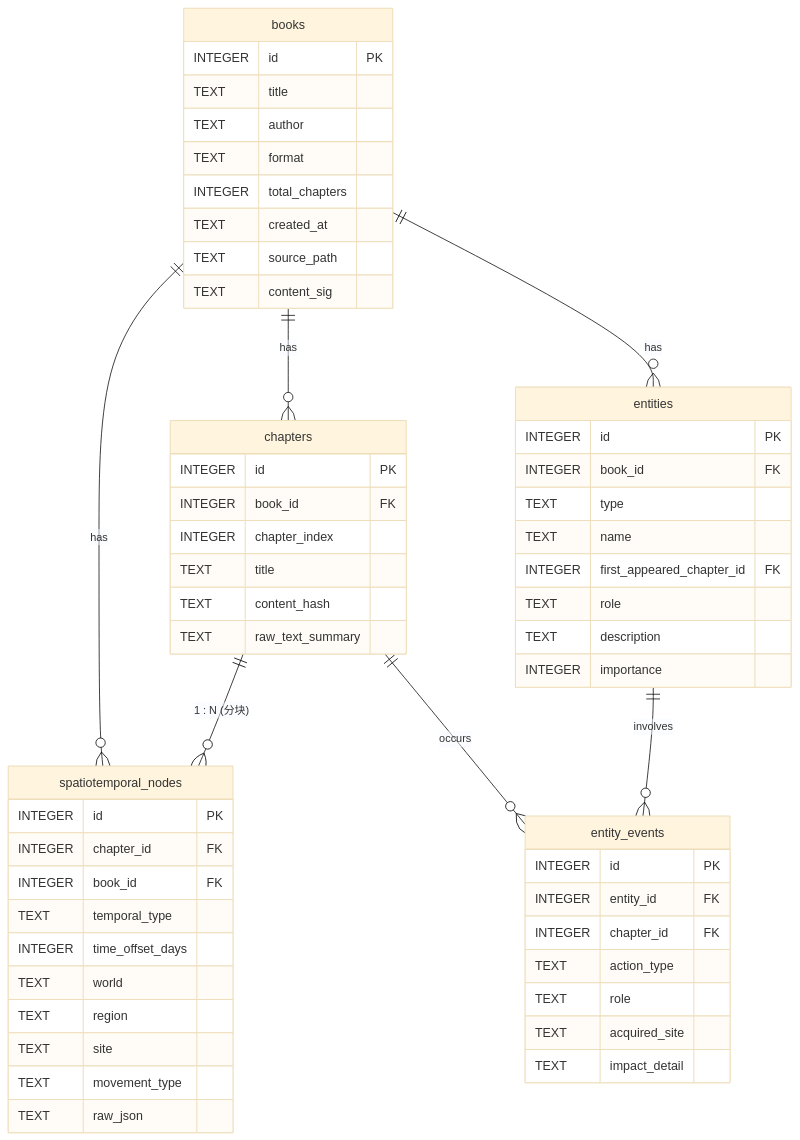
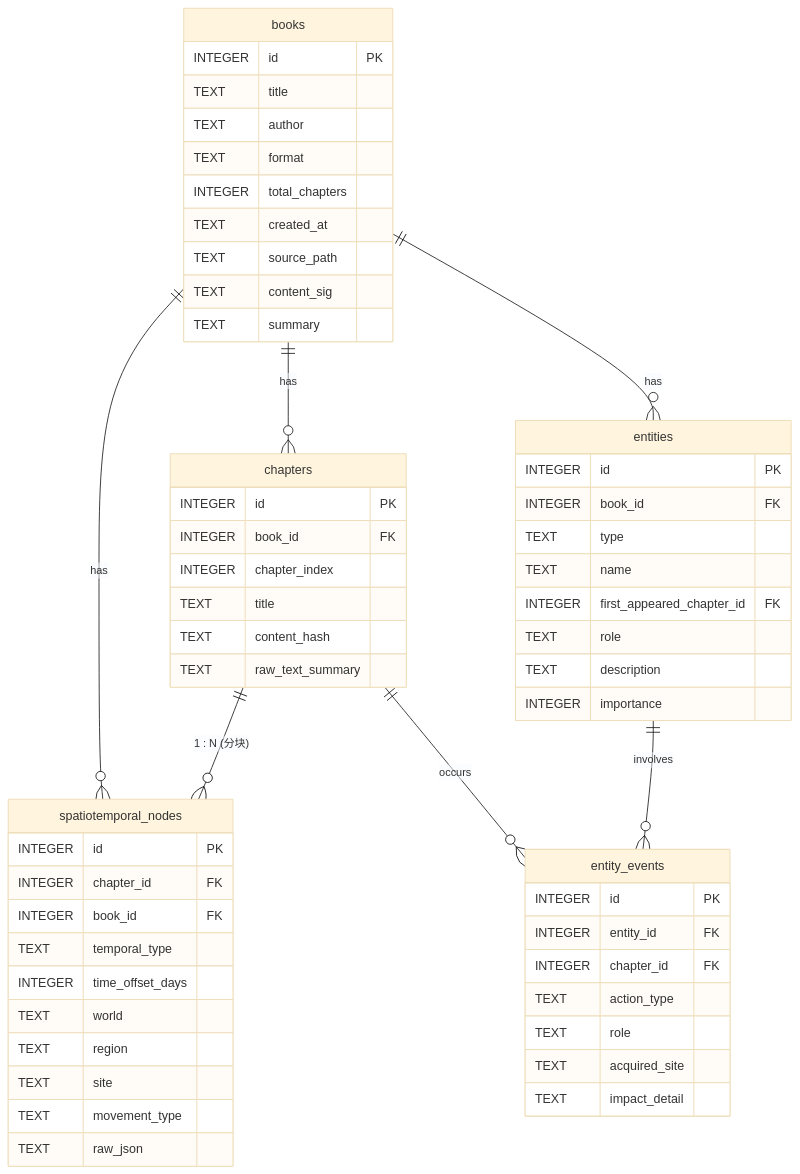
Before and after one commit to yetian/novel_vis: the fourth of 6 diagrams in design.md, drawn with Mermaid (base theme). The commit also changed other lines of this file and 29 other files, not shown here.

````diff
--- a/design.md
+++ b/design.md
@@ -131,59 +131,60 @@
 ```mermaid
 erDiagram
   books ||--o{ chapters : has
   books ||--o{ spatiotemporal_nodes : has
   books ||--o{ entities : has
   chapters ||--o{ spatiotemporal_nodes : "1 : N (分块)"
   chapters ||--o{ entity_events : occurs
   entities ||--o{ entity_events : involves
 
   books {
     INTEGER id PK
     TEXT title
     TEXT author
     TEXT format
     INTEGER total_chapters
     TEXT created_at
     TEXT source_path
     TEXT content_sig
+    TEXT summary
   }
   chapters {
     INTEGER id PK
     INTEGER book_id FK
     INTEGER chapter_index
     TEXT title
     TEXT content_hash
     TEXT raw_text_summary
   }
   spatiotemporal_nodes {
     INTEGER id PK
     INTEGER chapter_id FK
     INTEGER book_id FK
     TEXT temporal_type
     INTEGER time_offset_days
     TEXT world
     TEXT region
     TEXT site
     TEXT movement_type
     TEXT raw_json
   }
   entities {
     INTEGER id PK
     INTEGER book_id FK
     TEXT type
     TEXT name
     INTEGER first_appeared_chapter_id FK
     TEXT role
     TEXT description
     INTEGER importance
   }
   entity_events {
     INTEGER id PK
     INTEGER entity_id FK
     INTEGER chapter_id FK
     TEXT action_type
     TEXT role
     TEXT acquired_site
     TEXT impact_detail
   }
 ```
````
